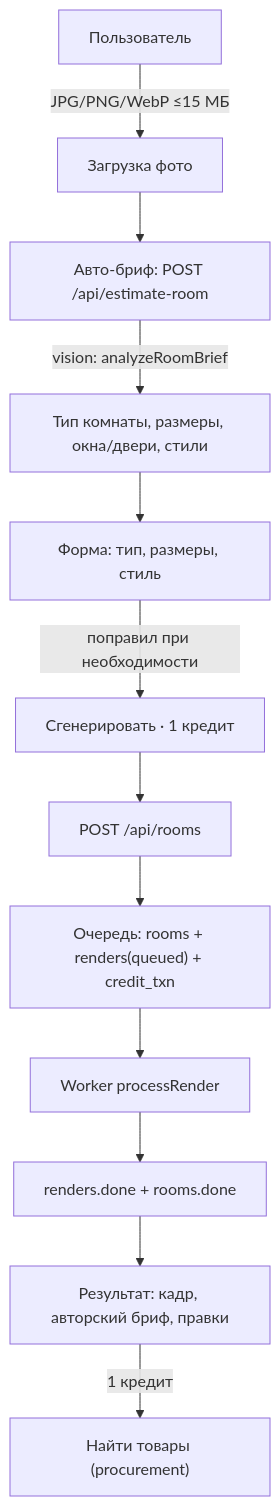
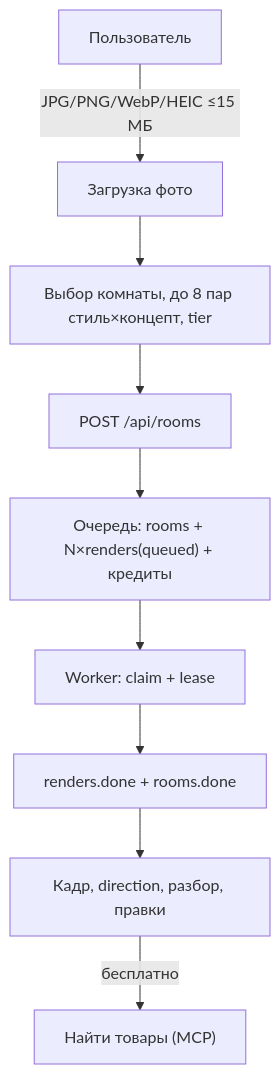
The first of 2 diagrams in docs/GENERATION-FLOW.md (oblacko/remontvision), drawn with Mermaid before and after one commit. The commit also changed other lines of this file and 21 other files, not shown here.

````diff
--- a/docs/GENERATION-FLOW.md
+++ b/docs/GENERATION-FLOW.md
@@ -7,14 +7,11 @@
 ```mermaid
 flowchart TD
-  U["Пользователь"] -->|"JPG/PNG/WebP ≤15 МБ"| UP["Загрузка фото"]
-  UP --> AB["Авто-бриф: POST /api/estimate-room"]
-  AB -->|"vision: analyzeRoomBrief"| BR["Тип комнаты, размеры, окна/двери, стили"]
-  BR --> FORM["Форма: тип, размеры, стиль"]
-  FORM -->|"поправил при необходимости"| GEN["Сгенерировать · 1 кредит"]
+  U["Пользователь"] -->|"JPG/PNG/WebP/HEIC ≤15 МБ"| UP["Загрузка фото"]
+  UP --> GEN["Выбор комнаты, до 8 пар стиль×концепт, tier"]
   GEN --> API["POST /api/rooms"]
-  API --> Q["Очередь: rooms + renders(queued) + credit_txn"]
-  Q --> W["Worker processRender"]
+  API --> Q["Очередь: rooms + N×renders(queued) + кредиты"]
+  Q --> W["Worker: claim + lease"]
   W --> DONE["renders.done + rooms.done"]
-  DONE --> RESULT["Результат: кадр, авторский бриф, правки"]
-  RESULT -->|"1 кредит"| PROC["Найти товары (procurement)"]
+  DONE --> RESULT["Кадр, direction, разбор, правки"]
+  RESULT -->|"бесплатно"| PROC["Найти товары (MCP)"]
 ```
````
